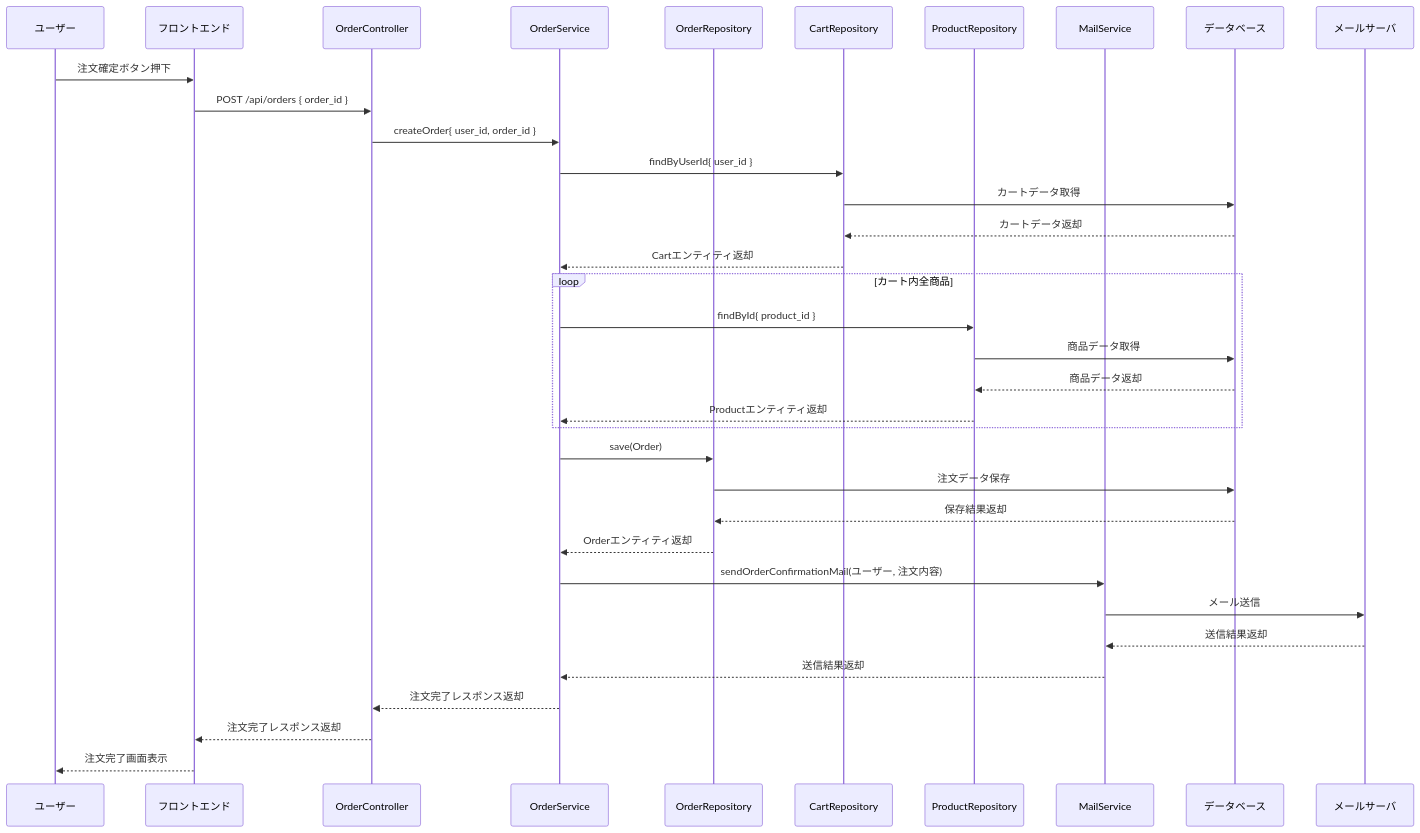
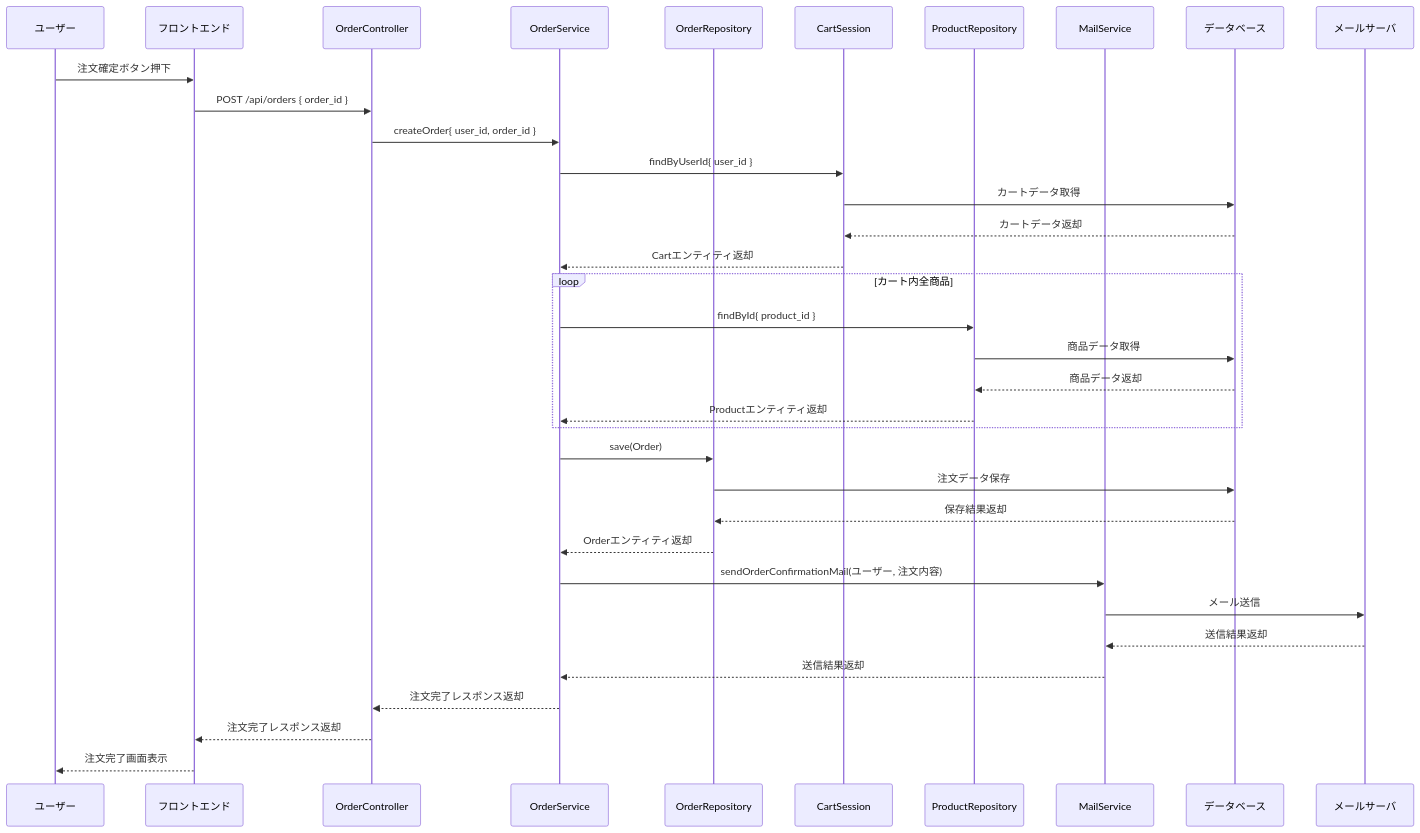
Before and after one commit to Aoi-Yaegashi/teamF: the tenth of 39 diagrams in 詳細設計/担当B_村田/3.2 機能詳細.md, drawn with Mermaid. The commit also changed other lines of this file and 1 other file, not shown here.

```diff
--- a/詳細設計/担当B_村田/3.2 機能詳細.md
+++ b/詳細設計/担当B_村田/3.2 機能詳細.md
@@ -477,38 +477,38 @@
    <div class="mermaid">
    sequenceDiagram
     participant User as ユーザー
     participant Browser as フロントエンド
     participant OrderController as OrderController
     participant OrderService as OrderService
     participant OrderRepo as OrderRepository
-    participant CartRepo as CartRepository
+    participant CartRepo as CartSession
     participant ProductRepo as ProductRepository
     participant MailService as MailService
     participant DB as データベース
     participant MailServer as メールサーバ
 
     User->>Browser: 注文確定ボタン押下
     Browser->>OrderController: POST /api/orders { order_id }
     OrderController->>OrderService: createOrder{ user_id, order_id }
     OrderService->>CartRepo: findByUserId{ user_id }
     CartRepo->>DB: カートデータ取得
     DB-->>CartRepo: カートデータ返却
     CartRepo-->>OrderService: Cartエンティティ返却
     loop カート内全商品
         OrderService->>ProductRepo: findById{ product_id }
         ProductRepo->>DB: 商品データ取得
         DB-->>ProductRepo: 商品データ返却
         ProductRepo-->>OrderService: Productエンティティ返却
     end
     OrderService->>OrderRepo: save(Order)
     OrderRepo->>DB: 注文データ保存
     DB-->>OrderRepo: 保存結果返却
     OrderRepo-->>OrderService: Orderエンティティ返却
     OrderService->>MailService: sendOrderConfirmationMail(ユーザー, 注文内容)
     MailService->>MailServer: メール送信
     MailServer-->>MailService: 送信結果返却
     MailService-->>OrderService: 送信結果返却
     OrderService-->>OrderController: 注文完了レスポンス返却
     OrderController-->>Browser: 注文完了レスポンス返却
     Browser-->>User: 注文完了画面表示
 </div>
```
